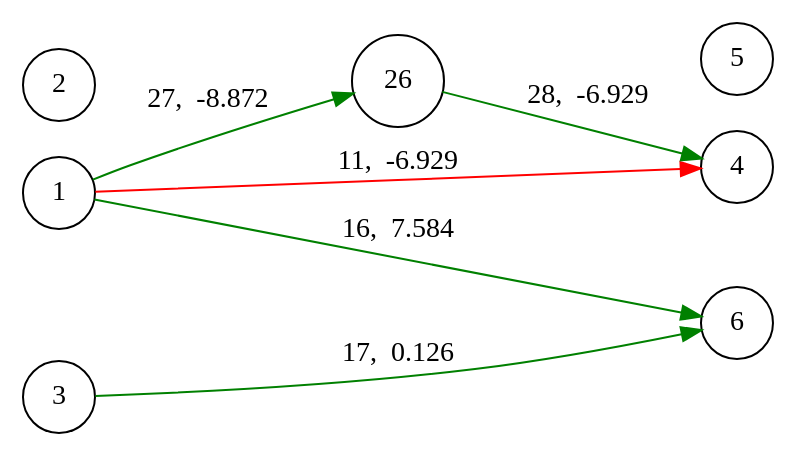
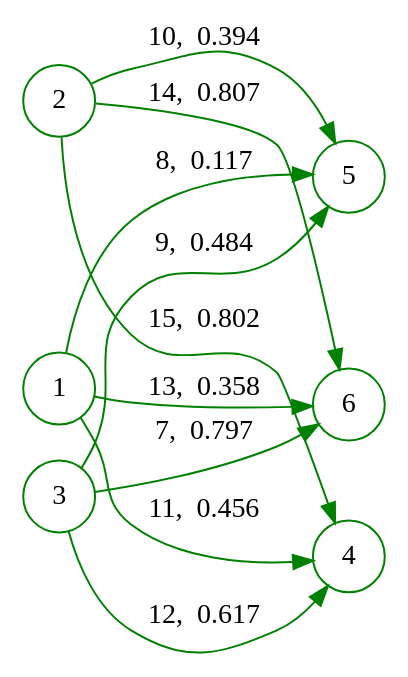
The diagram in neat_0_1.dot (Rithvik-Reddy-Adapa/NEATJulia), drawn with Graphviz before and after one commit. The commit also changed 3 other files, not shown here.

```diff
--- a/neat_0_1.dot
+++ b/neat_0_1.dot
@@ -1,12 +1,21 @@
 digraph {
 	rankdir=LR;
 	node [shape=circle];
-	1->6[color=green,label="16,  7.584",penwidth=1.0];
-	1->4[color=red,label="11,  -6.929",penwidth=1.0];
-	1->26[color=green,label="27,  -8.872",penwidth=1.0];
-	3->6[color=green,label="17,  0.126",penwidth=1.0];
+	1->5[color=green,label="8,  0.117",penwidth=1.0];
+	1->4[color=green,label="11,  0.456",penwidth=1.0];
+	1->6[color=green,label="13,  0.358",penwidth=1.0];
+	1 [color=green]
+	2->5[color=green,label="10,  0.394",penwidth=1.0];
+	2->6[color=green,label="14,  0.807",penwidth=1.0];
+	2->4[color=green,label="15,  0.802",penwidth=1.0];
+	2 [color=green]
+	3->6[color=green,label="7,  0.797",penwidth=1.0];
+	3->5[color=green,label="9,  0.484",penwidth=1.0];
+	3->4[color=green,label="12,  0.617",penwidth=1.0];
+	3 [color=green]
 	{rank=same; 1, 2, 3}
-	26->4[color=green,label="28,  -6.929",penwidth=1.0];
-	{rank=same; 26}
+	4 [color=green]
+	5 [color=green]
+	6 [color=green]
 	{rank=same; 4, 5, 6}
 }
```
